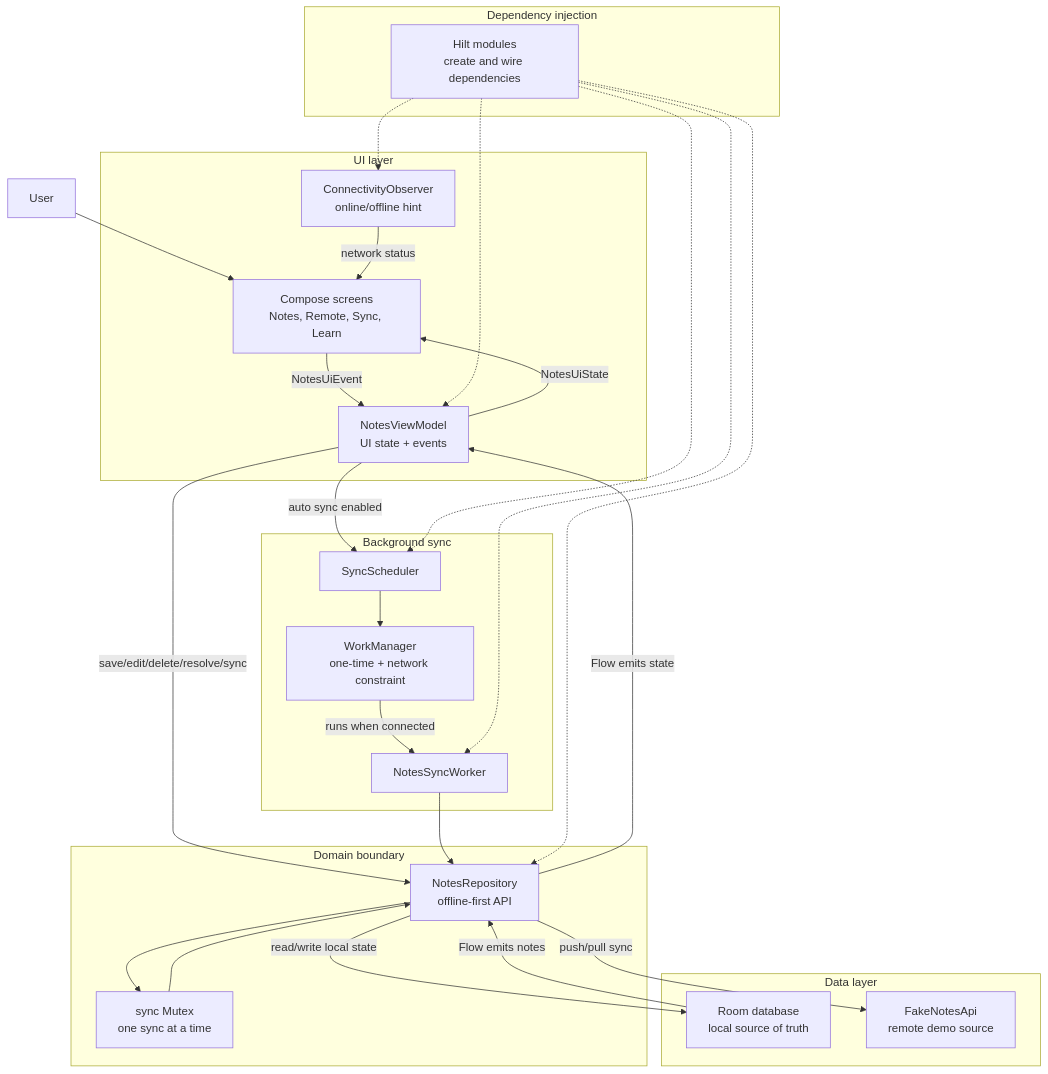
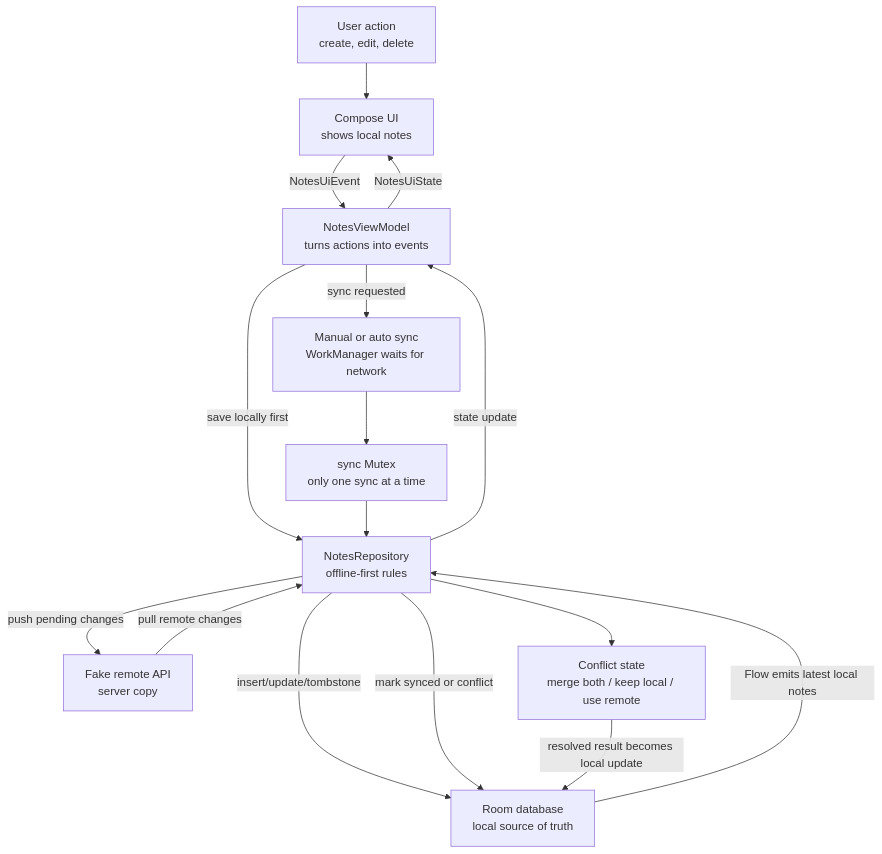
One commit to venkata-ram/FieldNotes-OfflineFirstSystemDesign changed the diagram in README.md. Above: the diagram before and after it, drawn with Mermaid.

Commit message:
docs: simplify offline flow diagram

````diff
--- a/README.md
+++ b/README.md
@@ -30,53 +30,29 @@
 ```mermaid
 flowchart TB
-    User["User"]
+    User["User action<br/>create, edit, delete"]
+    UI["Compose UI<br/>shows local notes"]
+    VM["NotesViewModel<br/>turns actions into events"]
+    Repo["NotesRepository<br/>offline-first rules"]
+    Room["Room database<br/>local source of truth"]
+    Sync["Manual or auto sync<br/>WorkManager waits for network"]
+    Mutex["sync Mutex<br/>only one sync at a time"]
+    Remote["Fake remote API<br/>server copy"]
+    Conflict["Conflict state<br/>merge both / keep local / use remote"]
 
-    subgraph UI_LAYER["UI layer"]
-        Screen["Compose screens<br/>Notes, Remote, Sync, Learn"]
-        VM["NotesViewModel<br/>UI state + events"]
-        Connectivity["ConnectivityObserver<br/>online/offline hint"]
-    end
+    User --> UI
+    UI -->|NotesUiEvent| VM
+    VM -->|save locally first| Repo
+    Repo -->|insert/update/tombstone| Room
+    Room -->|Flow emits latest local notes| Repo
+    Repo -->|state update| VM
+    VM -->|NotesUiState| UI
 
-    subgraph DOMAIN_LAYER["Domain boundary"]
-        Repo["NotesRepository<br/>offline-first API"]
-        Lock["sync Mutex<br/>one sync at a time"]
-    end
-
-    subgraph DATA_LAYER["Data layer"]
-        Room["Room database<br/>local source of truth"]
-        Api["FakeNotesApi<br/>remote demo source"]
-    end
-
-    subgraph BACKGROUND_LAYER["Background sync"]
-        Scheduler["SyncScheduler"]
-        Work["WorkManager<br/>one-time + network constraint"]
-        Worker["NotesSyncWorker"]
-    end
-
-    subgraph DI_LAYER["Dependency injection"]
-        Hilt["Hilt modules<br/>create and wire dependencies"]
-    end
-
-    User --> Screen
-    Connectivity -->|network status| Screen
-    Screen -->|NotesUiEvent| VM
-    VM -->|save/edit/delete/resolve/sync| Repo
-    Repo --> Lock
-    Lock --> Repo
-    Repo -->|read/write local state| Room
-    Repo -->|push/pull sync| Api
-    Room -->|Flow emits notes| Repo
-    Repo -->|Flow emits state| VM
-    VM -->|NotesUiState| Screen
-
-    VM -->|auto sync enabled| Scheduler
-    Scheduler --> Work
-    Work -->|runs when connected| Worker
-    Worker --> Repo
-
-    Hilt -.-> VM
-    Hilt -.-> Repo
-    Hilt -.-> Scheduler
-    Hilt -.-> Worker
-    Hilt -.-> Connectivity
+    VM -->|sync requested| Sync
+    Sync --> Mutex
+    Mutex --> Repo
+    Repo -->|push pending changes| Remote
+    Remote -->|pull remote changes| Repo
+    Repo -->|mark synced or conflict| Room
+    Repo --> Conflict
+    Conflict -->|resolved result becomes local update| Room
 ```
````
